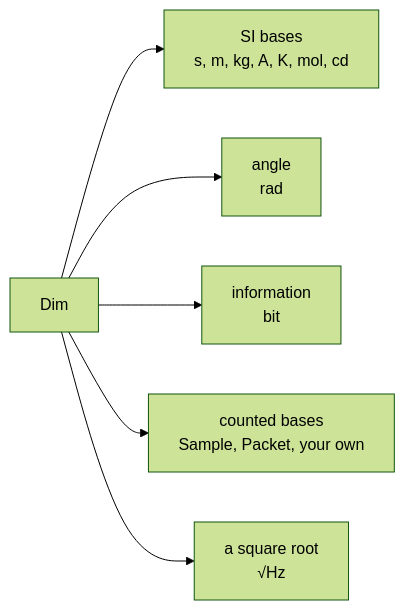
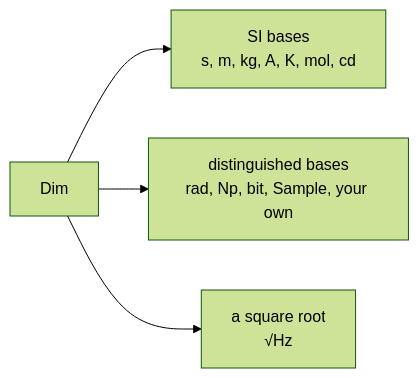
The diagram in docs/start/units.md (romixlab/exact_units), drawn with Mermaid (forest theme) before and after one commit. The commit also changed other lines of this file and 8 other files, not shown here.

First line of the commit message:
docs(dim): the book on distinguished bases, base lines, strip and halves (UNIT-10)

````diff
--- a/docs/start/units.md
+++ b/docs/start/units.md
@@ -59,8 +59,6 @@
 ```mermaid
 graph LR
   D[Dim] --> SI["SI bases<br/>s, m, kg, A, K, mol, cd"]
-  D --> AN["angle<br/>rad"]
-  D --> IN["information<br/>bit"]
-  D --> CO["counted bases<br/>Sample, Packet, your own"]
+  D --> DB["distinguished bases<br/>rad, Np, bit, Sample, your own"]
   D --> RT["a square root<br/>√Hz"]
 ```
````
